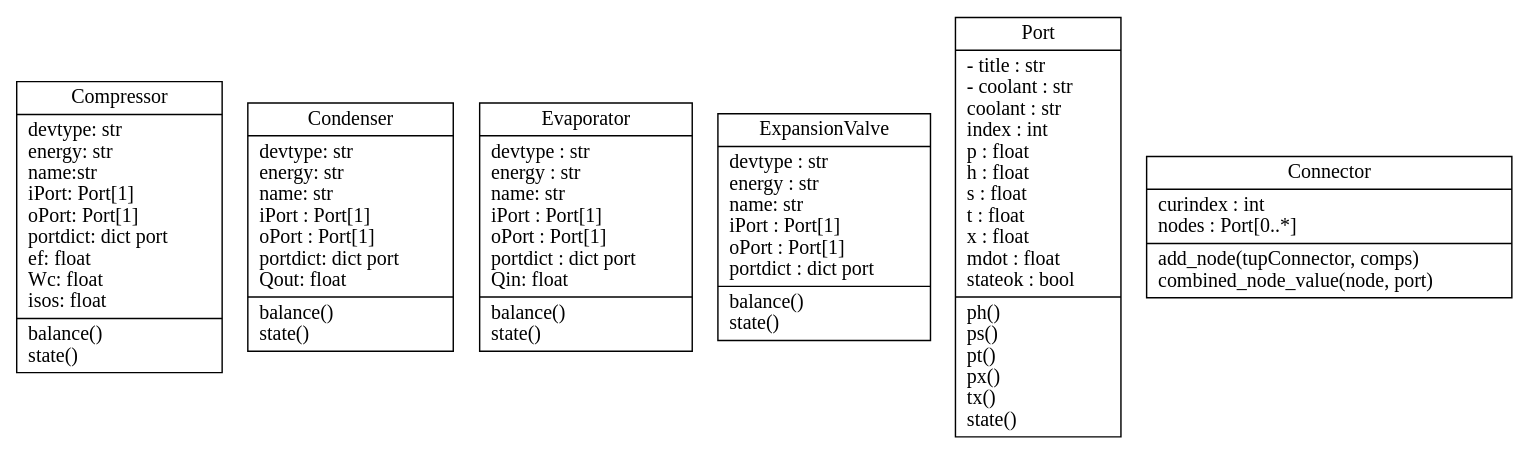
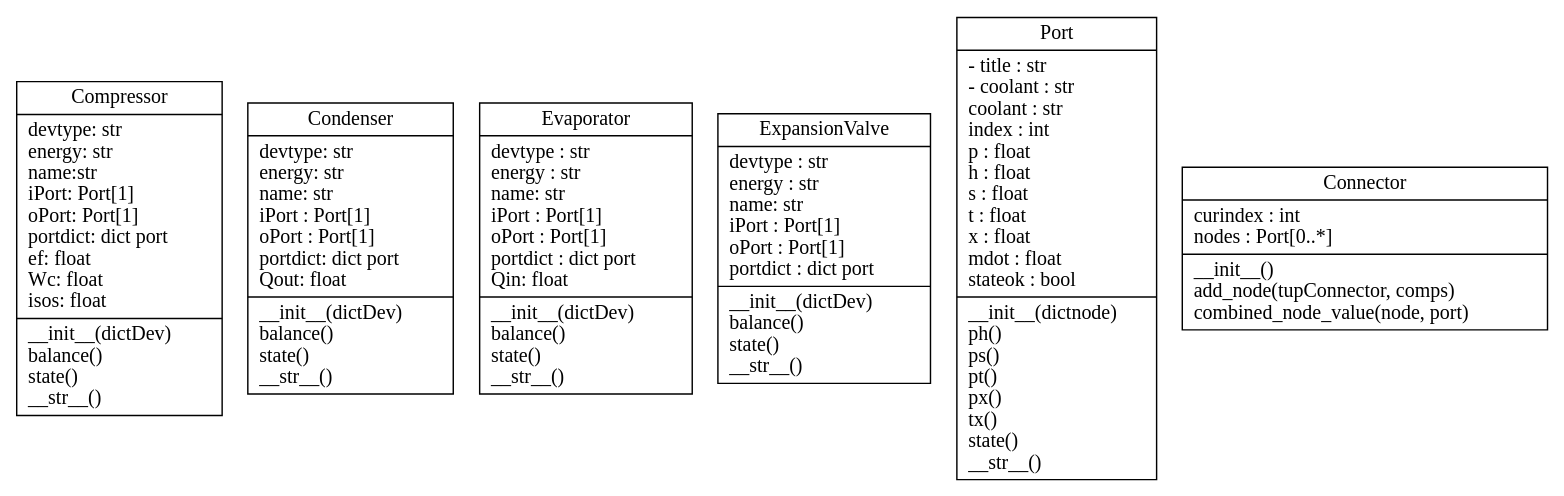
One commit to thermalogic/SimVCCE changed the diagram in uml/components/classes.dot. Above: the diagram before and after it, drawn with Graphviz. The commit also changed 3 other files, not shown here.

Commit message:
update uml

```diff
--- a/uml/components/classes.dot
+++ b/uml/components/classes.dot
@@ -1,10 +1,10 @@
 digraph "classes" {
 rankdir=BT
 charset="utf-8"
-"components.compressor.Compressor" [color="black", fontcolor="black", label="{Compressor|devtype: str\lenergy: str\lname:str \liPort: Port[1]\loPort: Port[1]\lportdict: dict port\lef: float\lWc: float\lisos: float\l|balance()\lstate()\l}", shape="record", style="solid"];
-"components.condenser.Condenser" [color="black", fontcolor="black", label="{Condenser|devtype: str\lenergy: str\lname: str\liPort : Port[1]\loPort : Port[1]\lportdict: dict port\lQout: float\l|balance()\lstate()\l}", shape="record", style="solid"];
-"components.evaporator.Evaporator" [color="black", fontcolor="black", label="{Evaporator|devtype : str\lenergy : str\lname: str\liPort : Port[1]\loPort : Port[1]\lportdict : dict port\lQin: float\l|balance()\lstate()\l}", shape="record", style="solid"];
-"components.expansionvalve.ExpansionValve" [color="black", fontcolor="black", label="{ExpansionValve|devtype : str\lenergy : str\lname: str\liPort : Port[1]\loPort : Port[1]\lportdict : dict port\l|balance()\lstate()\l}", shape="record", style="solid"];
-"components.port.Port" [color="black", fontcolor="black", label="{Port| - title : str\l - coolant : str\lcoolant : str\lindex : int\lp : float\lh : float\ls : float\lt : float\lx : float\lmdot : float\lstateok : bool\l|ph()\lps()\lpt()\lpx()\ltx()\lstate()\l}", shape="record", style="solid"];
-"components.connector.Connector" [color="black", fontcolor="black", label="{Connector|curindex : int\lnodes : Port[0..*]\l|add_node(tupConnector, comps)\lcombined_node_value(node, port)\l}", shape="record", style="solid"];
+"components.compressor.Compressor" [color="black", fontcolor="black", label="{Compressor|devtype: str\lenergy: str\lname:str \liPort: Port[1]\loPort: Port[1]\lportdict: dict port\lef: float\lWc: float\lisos: float\l|__init__(dictDev)\lbalance()\lstate()\l__str__()\l}", shape="record", style="solid"];
+"components.condenser.Condenser" [color="black", fontcolor="black", label="{Condenser|devtype: str\lenergy: str\lname: str\liPort : Port[1]\loPort : Port[1]\lportdict: dict port\lQout: float\l|__init__(dictDev)\lbalance()\lstate()\l__str__()\l}", shape="record", style="solid"];
+"components.evaporator.Evaporator" [color="black", fontcolor="black", label="{Evaporator|devtype : str\lenergy : str\lname: str\liPort : Port[1]\loPort : Port[1]\lportdict : dict port\lQin: float\l|__init__(dictDev)\lbalance()\lstate()\l__str__()\l}", shape="record", style="solid"];
+"components.expansionvalve.ExpansionValve" [color="black", fontcolor="black", label="{ExpansionValve|devtype : str\lenergy : str\lname: str\liPort : Port[1]\loPort : Port[1]\lportdict : dict port\l|__init__(dictDev)\lbalance()\lstate()\l__str__()\l}", shape="record", style="solid"];
+"components.port.Port" [color="black", fontcolor="black", label="{Port| - title : str\l - coolant : str\lcoolant : str\lindex : int\lp : float\lh : float\ls : float\lt : float\lx : float\lmdot : float\lstateok : bool\l|__init__(dictnode)\lph()\lps()\lpt()\lpx()\ltx()\lstate()\l__str__()\l}", shape="record", style="solid"];
+"components.connector.Connector" [color="black", fontcolor="black", label="{Connector|curindex : int\lnodes : Port[0..*]\l|__init__()\ladd_node(tupConnector, comps)\lcombined_node_value(node, port)\l}", shape="record", style="solid"];
 }
```
